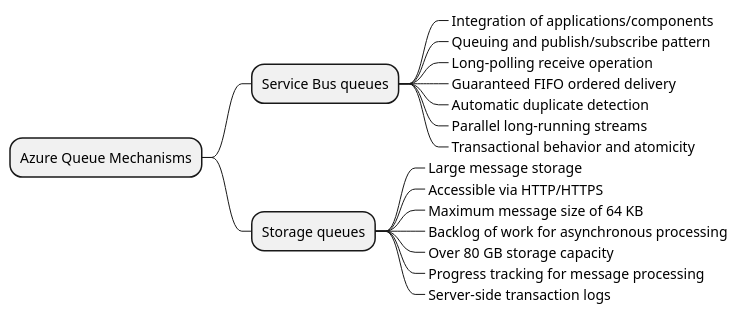
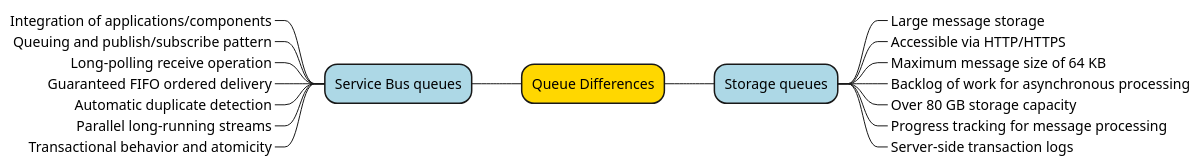
Before and after one commit to bobbyache/AZ-204: the diagram in 09 - message-queues/diagrams/1-overview-mindmap.plantuml, drawn with PlantUML. The commit also changed 101 other files, not shown here.

```diff
--- a/09 - message-queues/diagrams/1-overview-mindmap.plantuml
+++ b/09 - message-queues/diagrams/1-overview-mindmap.plantuml
@@ -1,19 +1,19 @@
 @startmindmap
-* Azure Queue Mechanisms
-** Service Bus queues
-***_ Integration of applications/components
-***_ Queuing and publish/subscribe pattern
-***_ Long-polling receive operation
-***_ Guaranteed FIFO ordered delivery
-***_ Automatic duplicate detection
-***_ Parallel long-running streams
-***_ Transactional behavior and atomicity
-** Storage queues
-***_ Large message storage
-***_ Accessible via HTTP/HTTPS
-***_ Maximum message size of 64 KB
-***_ Backlog of work for asynchronous processing
-***_ Over 80 GB storage capacity
-***_ Progress tracking for message processing
-***_ Server-side transaction logs
++[#gold] Queue Differences
+--[#lightblue] Service Bus queues
+---_ Integration of applications/components
+---_ Queuing and publish/subscribe pattern
+---_ Long-polling receive operation
+---_ Guaranteed FIFO ordered delivery
+---_ Automatic duplicate detection
+---_ Parallel long-running streams
+---_ Transactional behavior and atomicity
+++[#lightblue] Storage queues
++++_ Large message storage
++++_ Accessible via HTTP/HTTPS
++++_ Maximum message size of 64 KB
++++_ Backlog of work for asynchronous processing
++++_ Over 80 GB storage capacity
++++_ Progress tracking for message processing
++++_ Server-side transaction logs
 @endmindmap
```
